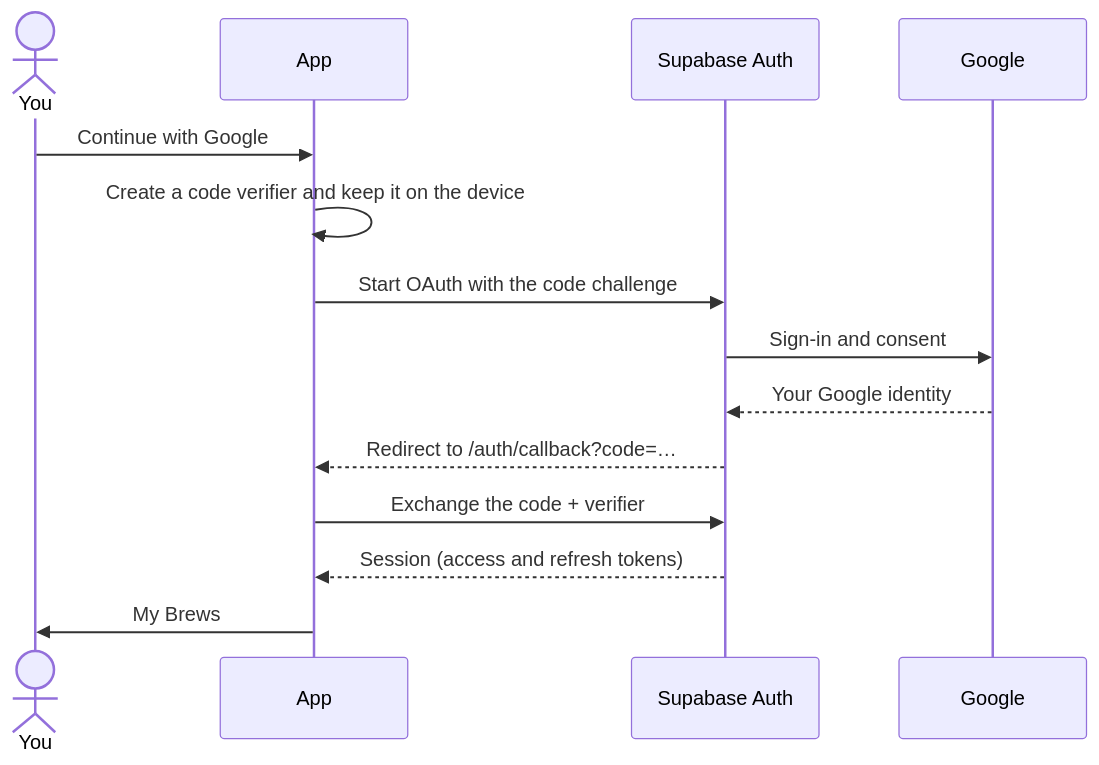
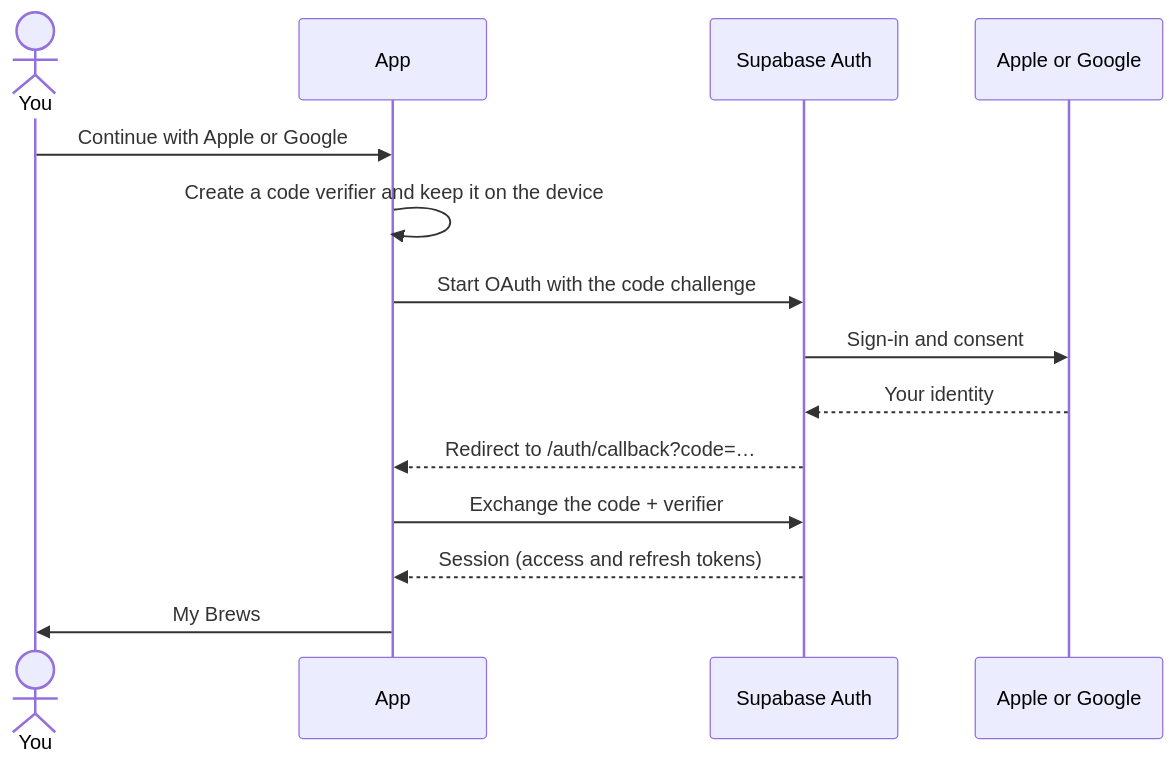
Before and after one commit to antmelon/BruLogger: the third of 6 diagrams in README.md, drawn with Mermaid. The commit also changed other lines of this file and 23 other files, not shown here.

````diff
--- a/README.md
+++ b/README.md
@@ -126,17 +128,17 @@
 ```mermaid
 sequenceDiagram
   actor you as You
   participant app as App
   participant auth as Supabase Auth
-  participant google as Google
+  participant google as Apple or Google
 
-  you->>app: Continue with Google
+  you->>app: Continue with Apple or Google
   app->>app: Create a code verifier and keep it on the device
   app->>auth: Start OAuth with the code challenge
   auth->>google: Sign-in and consent
-  google-->>auth: Your Google identity
+  google-->>auth: Your identity
   auth-->>app: Redirect to /auth/callback?code=…
   app->>auth: Exchange the code + verifier
   auth-->>app: Session (access and refresh tokens)
   app->>you: My Brews
 ```
````
